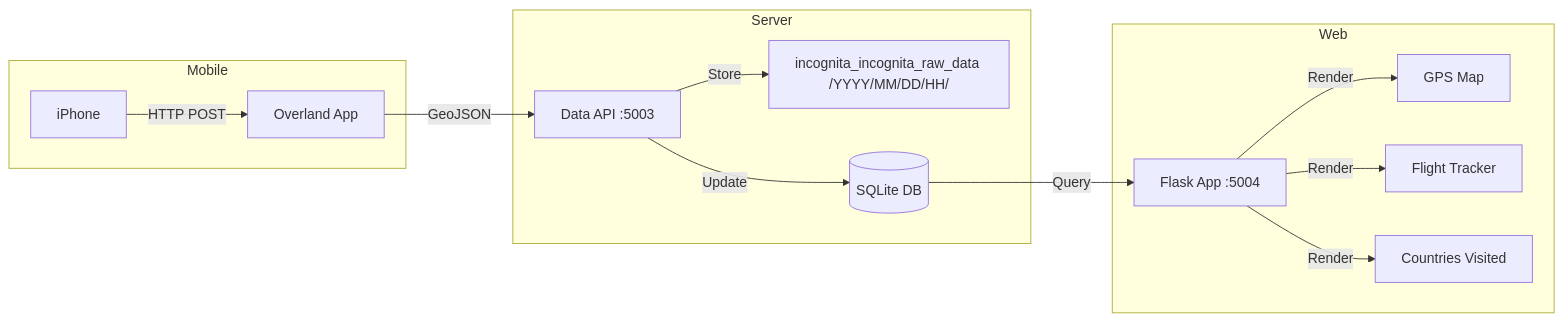
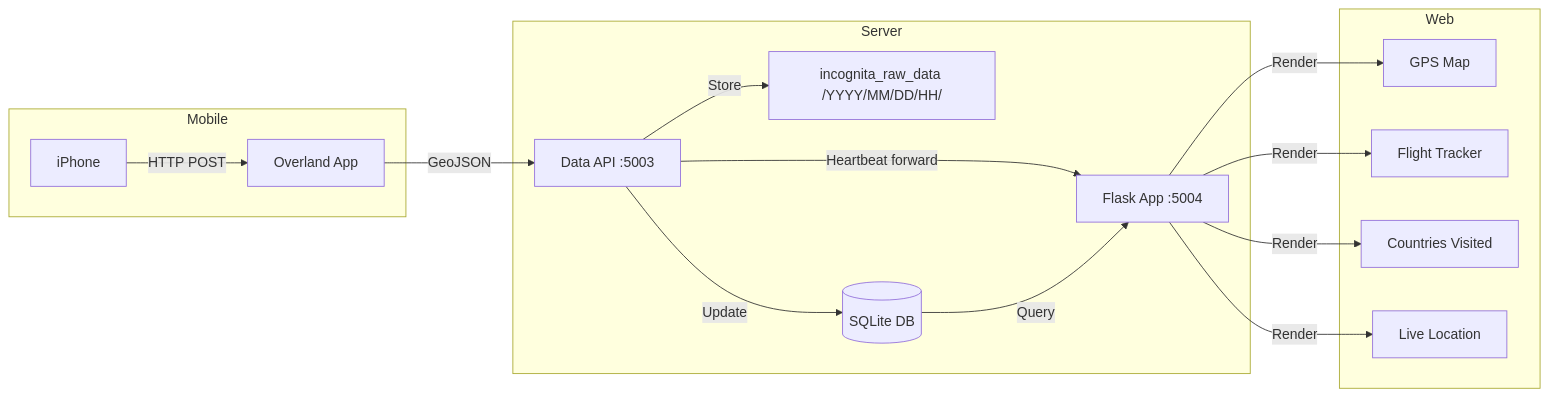
The diagram in README.md (momonala/incognita), drawn with Mermaid before and after one commit. The commit also changed other lines of this file and 2 other files, not shown here.

First line of the commit message:
feat(live): soft-refresh button and green flash on data update

````diff
--- a/README.md
+++ b/README.md
@@ -22,17 +22,19 @@
 ```mermaid
 flowchart LR
     subgraph Mobile
         iPhone[iPhone] -->|HTTP POST| Overland[Overland App]
     end
     subgraph Server
         Overland -->|GeoJSON| DataAPI[Data API :5003]
-        DataAPI -->|Store| Files[incognita_incognita_raw_data /YYYY/MM/DD/HH/]
+        DataAPI -->|Store| Files[incognita_raw_data /YYYY/MM/DD/HH/]
         DataAPI -->|Update| DB[(SQLite DB)]
+        DataAPI -->|Heartbeat forward| WebApp
     end
     subgraph Web
         DB -->|Query| WebApp[Flask App :5004]
         WebApp -->|Render| GPS[GPS Map]
         WebApp -->|Render| Flights[Flight Tracker]
         WebApp -->|Render| Passport[Countries Visited]
+        WebApp -->|Render| Live[Live Location]
     end
 ```
````
